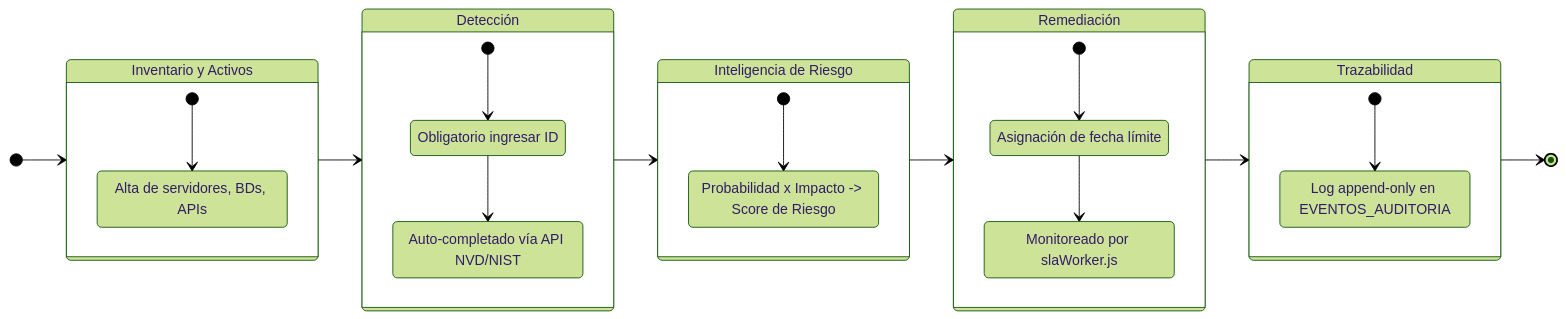
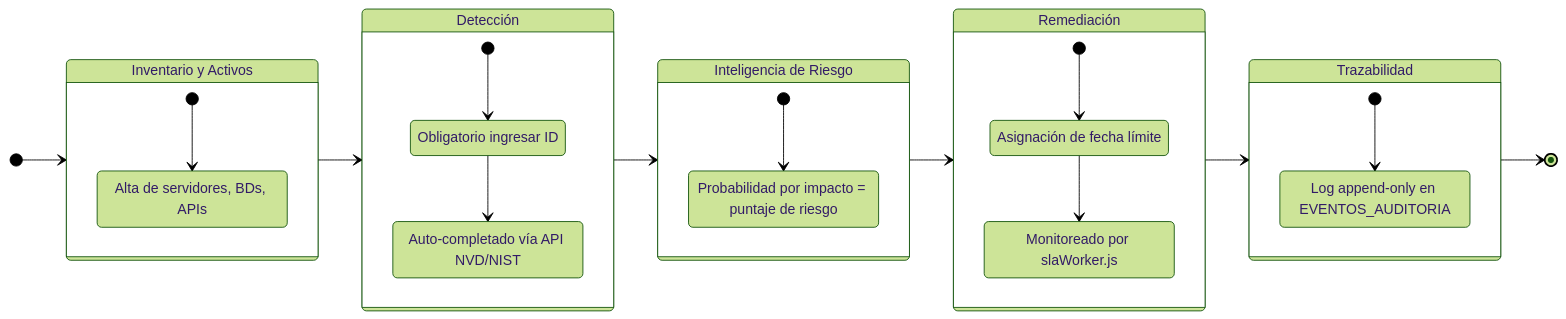
The second of 4 diagrams in README.md (3D74R08/VulnTrack), drawn with Mermaid (forest theme) before and after one commit. The commit also changed other lines of this file and 8 other files, not shown here.

````diff
--- a/README.md
+++ b/README.md
@@ -122,44 +137,44 @@
 ```mermaid
 stateDiagram-v2
     direction LR
     [*] --> Inventario
 
-    state "Inventario y Activos" as Inventario {
+    state Inventario {
         [*] --> RegistroActivos
         RegistroActivos: Alta de servidores, BDs, APIs
     }
-
+    Inventario: Inventario y Activos
     Inventario --> Deteccion
 
-    state "Detección" as Deteccion {
+    state Deteccion {
         [*] --> CreacionHallazgo
         CreacionHallazgo --> ConsultaNVD
         CreacionHallazgo: Obligatorio ingresar ID
         ConsultaNVD: Auto-completado vía API NVD/NIST
     }
-
+    Deteccion: Detección
     Deteccion --> Inteligencia
 
-    state "Inteligencia de Riesgo" as Inteligencia {
+    state Inteligencia {
         [*] --> EvaluacionMatriz
-        EvaluacionMatriz: Probabilidad x Impacto -> Score de Riesgo
+        EvaluacionMatriz: Probabilidad por impacto = puntaje de riesgo
     }
-
+    Inteligencia: Inteligencia de Riesgo
     Inteligencia --> Remediacion
 
-    state "Remediación" as Remediacion {
+    state Remediacion {
         [*] --> AsignacionPlan
         AsignacionPlan --> ControlSLA
         AsignacionPlan: Asignación de fecha límite
         ControlSLA: Monitoreado por slaWorker.js
     }
-
+    Remediacion: Remediación
     Remediacion --> Trazabilidad
 
-    state "Trazabilidad" as Trazabilidad {
+    state Trazabilidad {
         [*] --> AuditoriaInmutable
         AuditoriaInmutable: Log append-only en EVENTOS_AUDITORIA
     }
-
+    Trazabilidad: Trazabilidad
     Trazabilidad --> [*]
 ```
````
